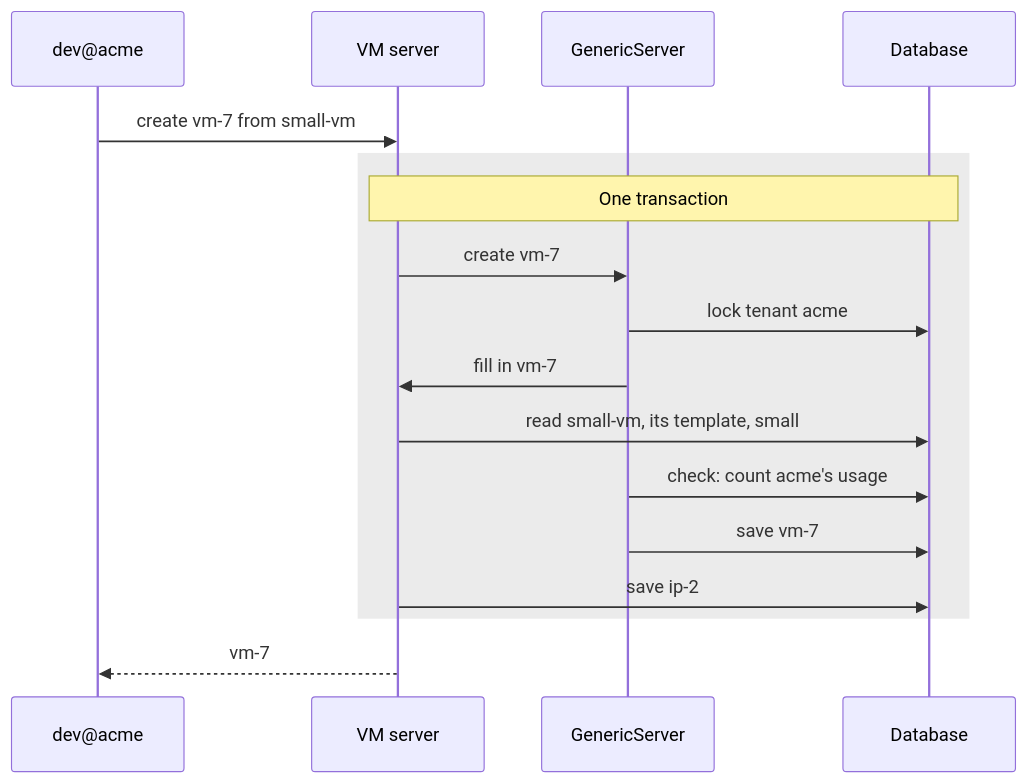
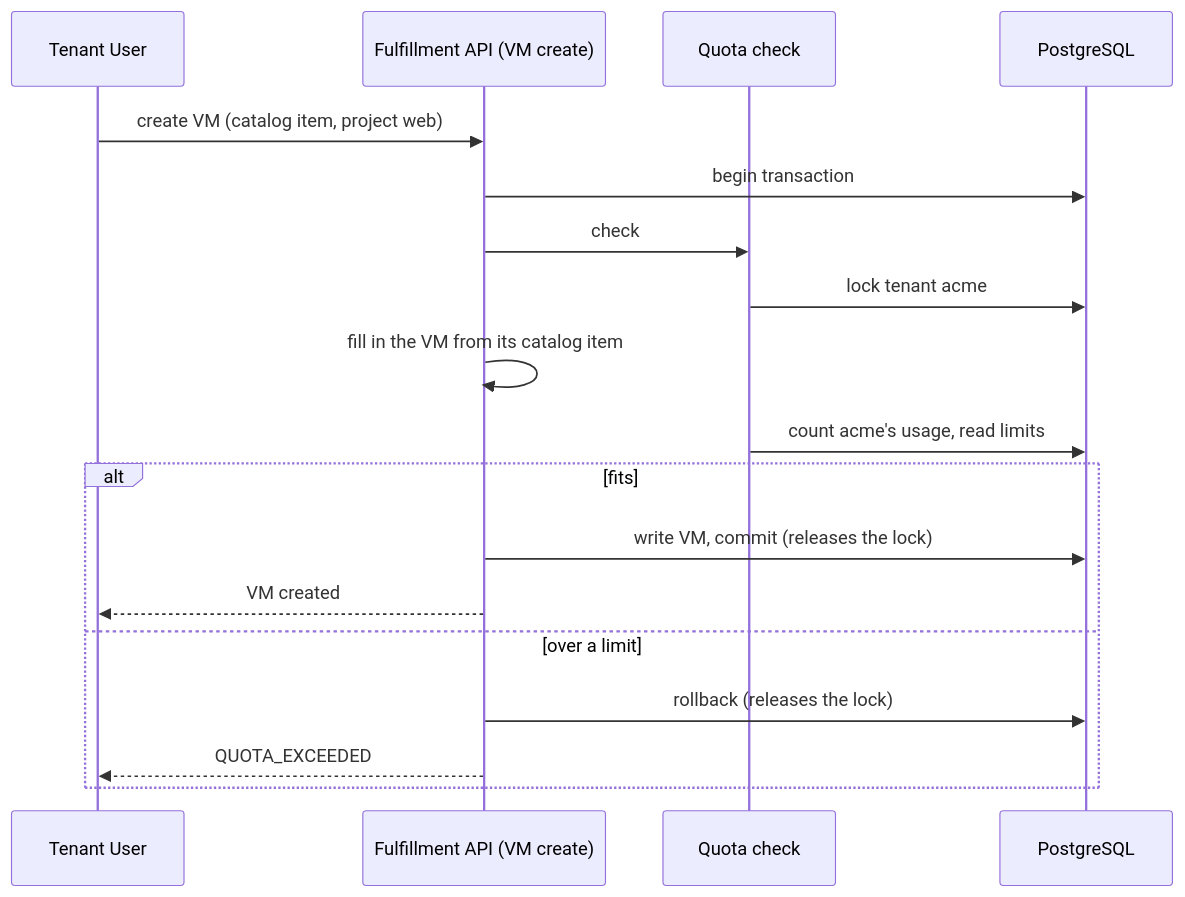
Before and after one commit to osac-project/enhancement-proposals: the diagram in enhancements/OSAC-4500-quota-foundation/design.md, drawn with Mermaid. The commit also changed other lines of this file, not shown here.

````diff
--- a/enhancements/OSAC-4500-quota-foundation/design.md
+++ b/enhancements/OSAC-4500-quota-foundation/design.md
@@ -260,19 +107,20 @@
 ```mermaid
 sequenceDiagram
-    participant U as dev@acme
-    participant S as VM server
-    participant G as GenericServer
-    participant D as Database
-    U->>S: create vm-7 from small-vm
-    rect rgb(235, 235, 235)
-        note over S,D: One transaction
-        S->>G: create vm-7
-        G->>D: lock tenant acme
-        G->>S: fill in vm-7
-        S->>D: read small-vm, its template, small
-        G->>D: check: count acme's usage
-        G->>D: save vm-7
-        S->>D: save ip-2
+    participant U as Tenant User
+    participant H as Fulfillment API (VM create)
+    participant Q as Quota check
+    participant DB as PostgreSQL
+    U->>H: create VM (catalog item, project web)
+    H->>DB: begin transaction
+    H->>Q: check
+    Q->>DB: lock tenant acme
+    H->>H: fill in the VM from its catalog item
+    Q->>DB: count acme's usage, read limits
+    alt fits
+        H->>DB: write VM, commit (releases the lock)
+        H-->>U: VM created
+    else over a limit
+        H->>DB: rollback (releases the lock)
+        H-->>U: QUOTA_EXCEEDED
     end
-    S-->>U: vm-7
 ```
````
